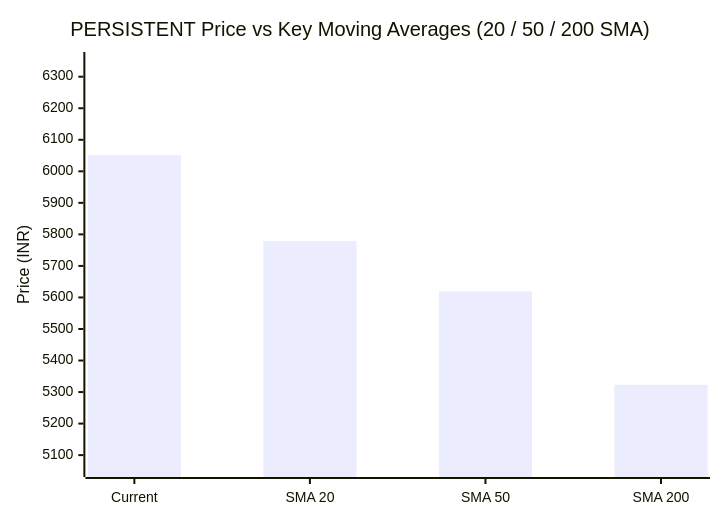
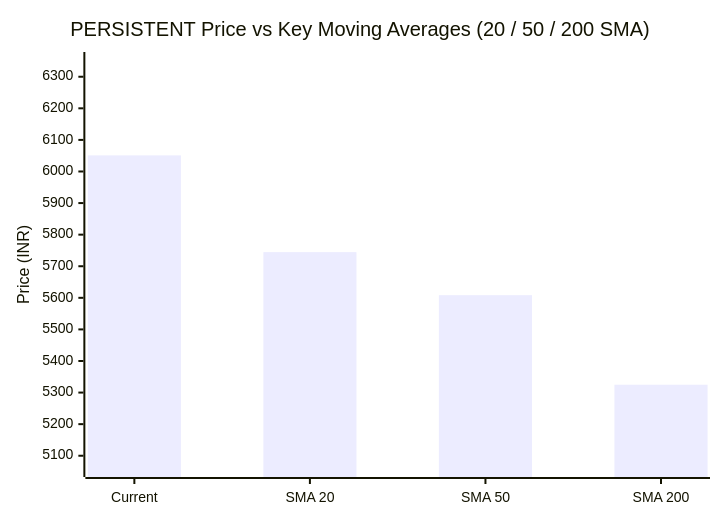
One commit to purnareddy9/dev changed the second of 2 diagrams in market-intelligence/stocks/PERSISTENT/README.md. Above: the diagram before and after it, drawn with Mermaid. The commit also changed other lines of this file and 3 other files, not shown here.

````diff
--- a/market-intelligence/stocks/PERSISTENT/README.md
+++ b/market-intelligence/stocks/PERSISTENT/README.md
@@ -53,7 +52,7 @@
 ```mermaid
 xychart-beta
     title "PERSISTENT Price vs Key Moving Averages (20 / 50 / 200 SMA)"
     x-axis ["Current", "SMA 20", "SMA 50", "SMA 200"]
-    y-axis "Price (INR)" 5056 --> 6353
-    bar [6051.0, 5778.8, 5619.24, 5322.88]
+    y-axis "Price (INR)" 5058 --> 6353
+    bar [6051.0, 5744.6, 5608.42, 5324.84]
 ```
````
